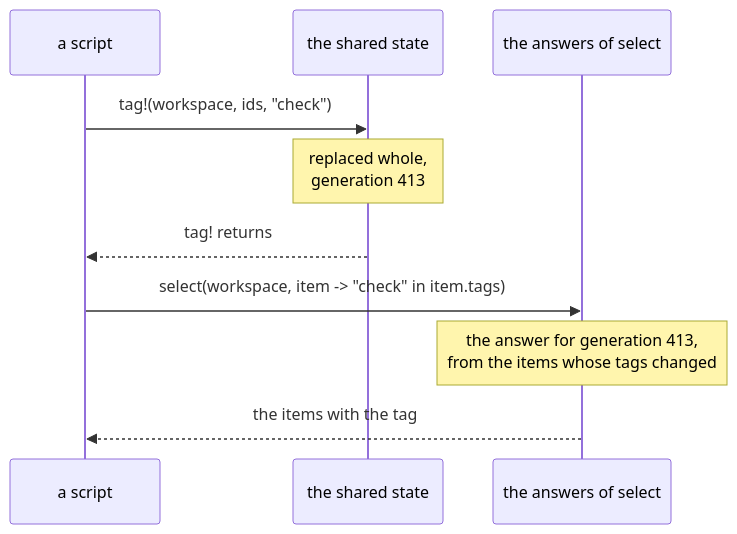
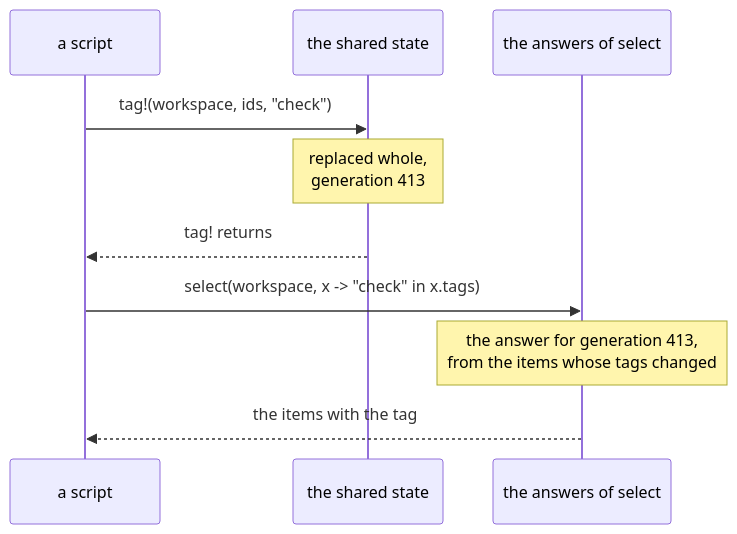
Before and after one commit to digiefel/DataBrowser: the third of 4 diagrams in docs/ARCHITECTURE.md, drawn with Mermaid. The commit also changed 4 other files, not shown here.

First line of the commit message:
Describe what select gives a function without calling it an item

````diff
--- a/docs/ARCHITECTURE.md
+++ b/docs/ARCHITECTURE.md
@@ -363,12 +363,12 @@
 ```mermaid
 sequenceDiagram
     participant C as a script
     participant S as the shared state
     participant A as the answers of select
     C->>S: tag!(workspace, ids, "check")
     Note over S: replaced whole,<br/>generation 413
     S-->>C: tag! returns
-    C->>A: select(workspace, item -> "check" in item.tags)
+    C->>A: select(workspace, x -> "check" in x.tags)
     Note over A: the answer for generation 413,<br/>from the items whose tags changed
     A-->>C: the items with the tag
 ```
````
